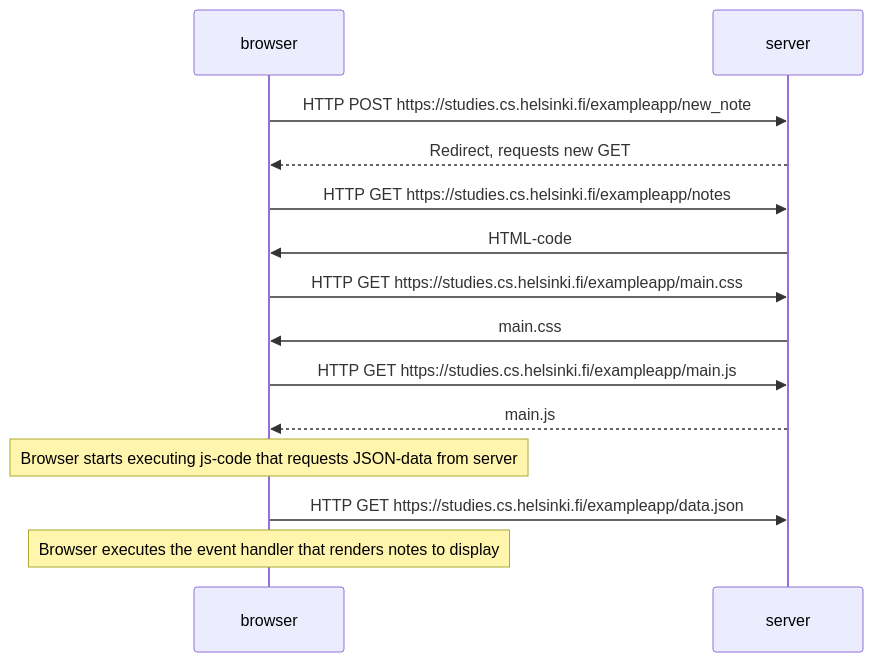
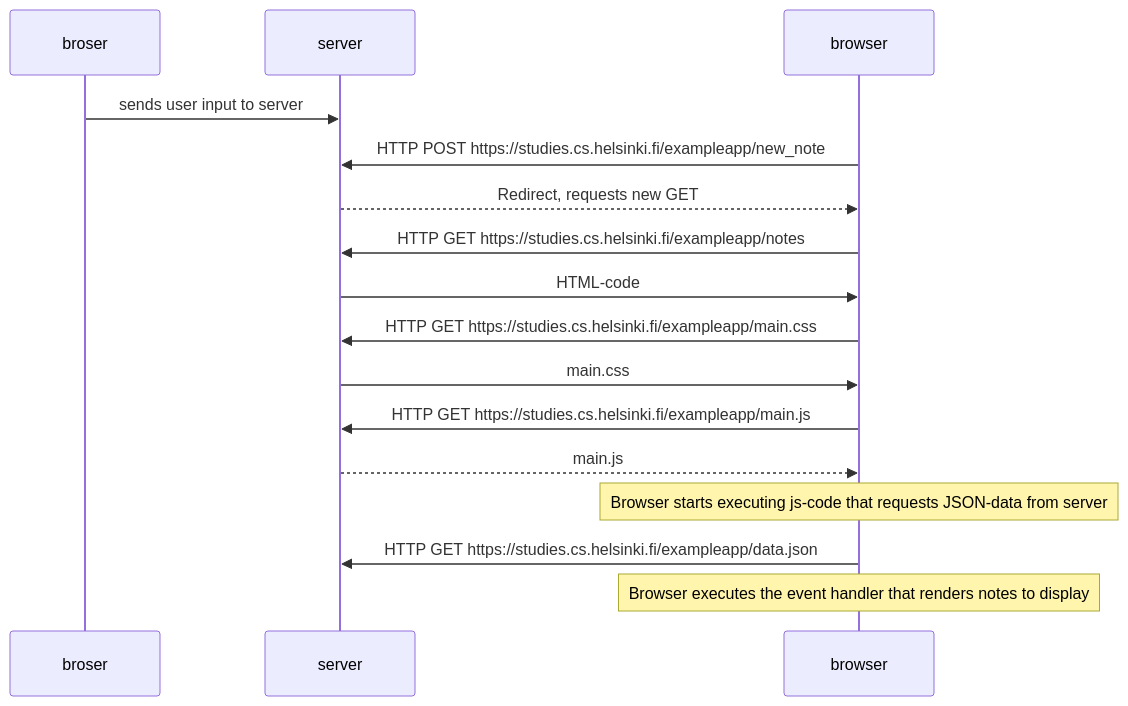
One commit to Lawblo/fullstackopen changed the diagram in exercises/part0/04.md. Above: the diagram before and after it, drawn with Mermaid. The commit also changed other lines of this file, not shown here.

````diff
--- a/exercises/part0/04.md
+++ b/exercises/part0/04.md
@@ -3,14 +3,15 @@
 ```mermaid
 sequenceDiagram
+    broser->>server: sends user input to server
     browser->>server: HTTP POST https://studies.cs.helsinki.fi/exampleapp/new_note
     server-->>browser: Redirect, requests new GET
     browser->>server: HTTP GET https://studies.cs.helsinki.fi/exampleapp/notes
     server->>browser: HTML-code
     browser->>server: HTTP GET https://studies.cs.helsinki.fi/exampleapp/main.css
     server->>browser: main.css
     browser->>server: HTTP GET https://studies.cs.helsinki.fi/exampleapp/main.js
     server-->>browser: main.js
     note over browser: Browser starts executing js-code that requests JSON-data from server
     browser->>server: HTTP GET https://studies.cs.helsinki.fi/exampleapp/data.json
     note over browser: Browser executes the event handler that renders notes to display
 ```
````
